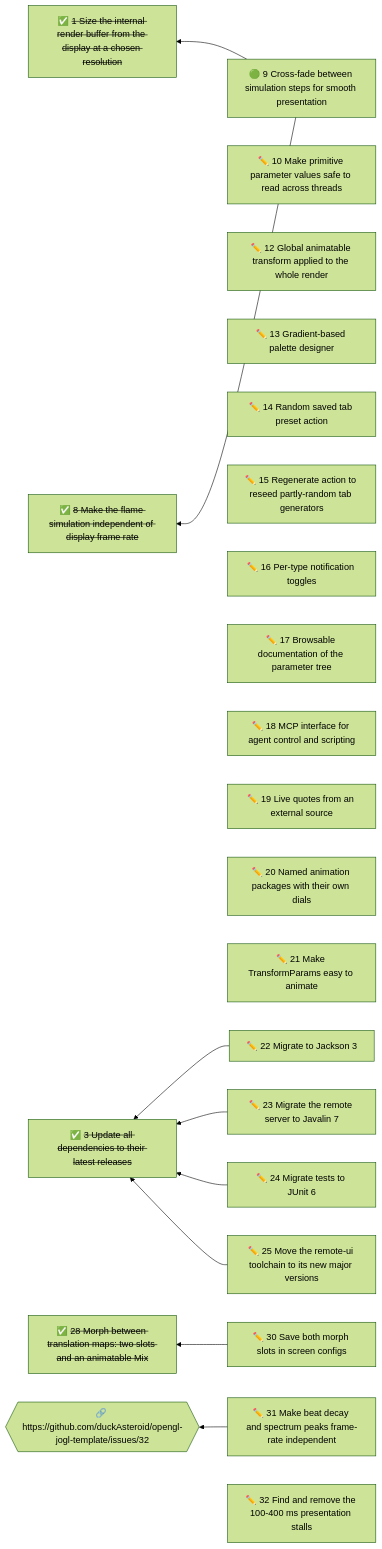
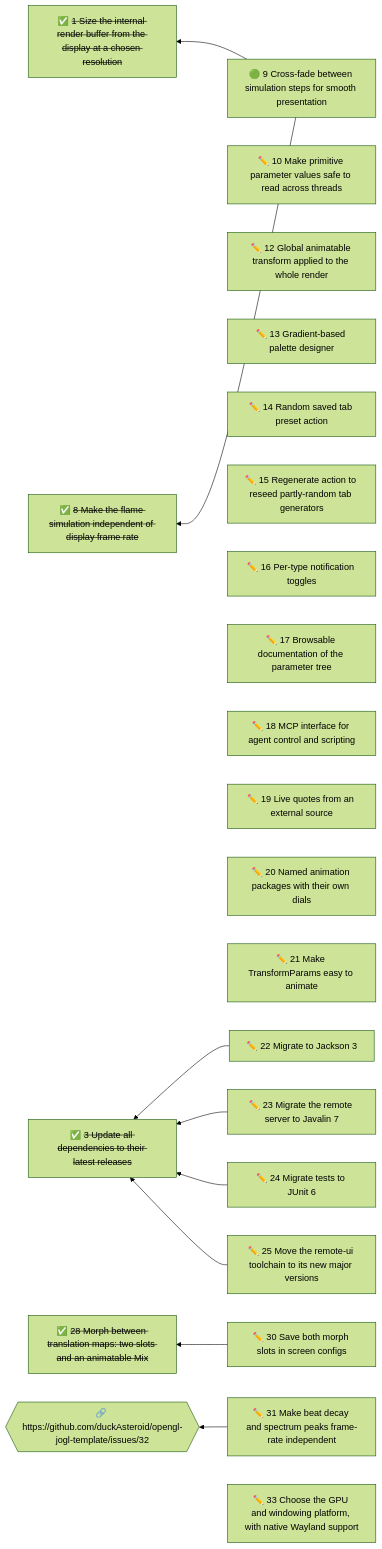
The diagram in docs/initiatives/README.md (duckAsteroid/cthugha-reborn), drawn with Mermaid (forest theme) before and after one commit. The commit also changed other lines of this file and 2 other files, not shown here.

````diff
--- a/docs/initiatives/README.md
+++ b/docs/initiatives/README.md
@@ -52,59 +52,59 @@
 ```mermaid
 flowchart RL
   n9["🟢 9 Cross-fade between simulation steps for smooth presentation"]
   n10["✏️ 10 Make primitive parameter values safe to read across threads"]
   n12["✏️ 12 Global animatable transform applied to the whole render"]
   n13["✏️ 13 Gradient-based palette designer"]
   n14["✏️ 14 Random saved tab preset action"]
   n15["✏️ 15 Regenerate action to reseed partly-random tab generators"]
   n16["✏️ 16 Per-type notification toggles"]
   n17["✏️ 17 Browsable documentation of the parameter tree"]
   n18["✏️ 18 MCP interface for agent control and scripting"]
   n19["✏️ 19 Live quotes from an external source"]
   n20["✏️ 20 Named animation packages with their own dials"]
   n21["✏️ 21 Make TransformParams easy to animate"]
   n22["✏️ 22 Migrate to Jackson 3"]
   n23["✏️ 23 Migrate the remote server to Javalin 7"]
   n24["✏️ 24 Migrate tests to JUnit 6"]
   n25["✏️ 25 Move the remote-ui toolchain to its new major versions"]
   n30["✏️ 30 Save both morph slots in screen configs"]
   n31["✏️ 31 Make beat decay and spectrum peaks frame-rate independent"]
-  n32["✏️ 32 Find and remove the 100-400 ms presentation stalls"]
+  n33["✏️ 33 Choose the GPU and windowing platform, with native Wayland support"]
   n1["✅ <s>1 Size the internal render buffer from the display at a chosen resolution</s>"]
   n8["✅ <s>8 Make the flame simulation independent of display frame rate</s>"]
   n3["✅ <s>3 Update all dependencies to their latest releases</s>"]
   n28["✅ <s>28 Morph between translation maps: two slots and an animatable Mix</s>"]
   x1{{"🔗 https://github.com/duckAsteroid/opengl-jogl-template/issues/32"}}
   n9 --> n1
   n9 --> n8
   n22 --> n3
   n23 --> n3
   n24 --> n3
   n25 --> n3
   n30 --> n28
   n31 --> x1
   click n9 href "09-decouple-simulation-from-display-with-interpolated-presentat.md"
   click n10 href "10-make-primitive-parameter-values-safe-to-read-across-threads.md"
   click n12 href "12-global-animatable-transform-applied-to-the-whole-render.md"
   click n13 href "13-gradient-based-palette-designer.md"
   click n14 href "14-random-saved-tab-preset-action.md"
   click n15 href "15-regenerate-action-to-reseed-partly-random-tab-generators.md"
   click n16 href "16-per-type-notification-toggles.md"
   click n17 href "17-browsable-documentation-of-the-parameter-tree.md"
   click n18 href "18-mcp-interface-for-agent-control-and-scripting.md"
   click n19 href "19-live-quotes-from-an-external-source.md"
   click n20 href "20-named-animation-packages-with-their-own-dials.md"
   click n21 href "21-make-transformparams-easy-to-animate.md"
   click n22 href "22-migrate-to-jackson-3.md"
   click n23 href "23-migrate-the-remote-server-to-javalin-7.md"
   click n24 href "24-migrate-tests-to-junit-6.md"
   click n25 href "25-move-the-remote-ui-toolchain-to-its-new-major-versions.md"
   click n30 href "30-save-both-morph-slots-in-screen-configs.md"
   click n31 href "31-make-beat-decay-and-spectrum-peaks-frame-rate-independent.md"
-  click n32 href "32-find-and-remove-the-100-400-ms-presentation-stalls.md"
+  click n33 href "33-choose-the-gpu-and-windowing-platform-with-native-wayland-su.md"
   click n1 href "01-cap-the-internal-render-resolution-at-high-window-sizes.md"
   click n8 href "08-make-the-flame-simulation-independent-of-display-frame-rate.md"
   click n3 href "03-update-all-dependencies-to-their-latest-releases.md"
   click n28 href "28-blend-between-two-translation-maps-over-time.md"
   click x1 href "https://github.com/duckAsteroid/opengl-jogl-template/issues/32"
 ```
````
